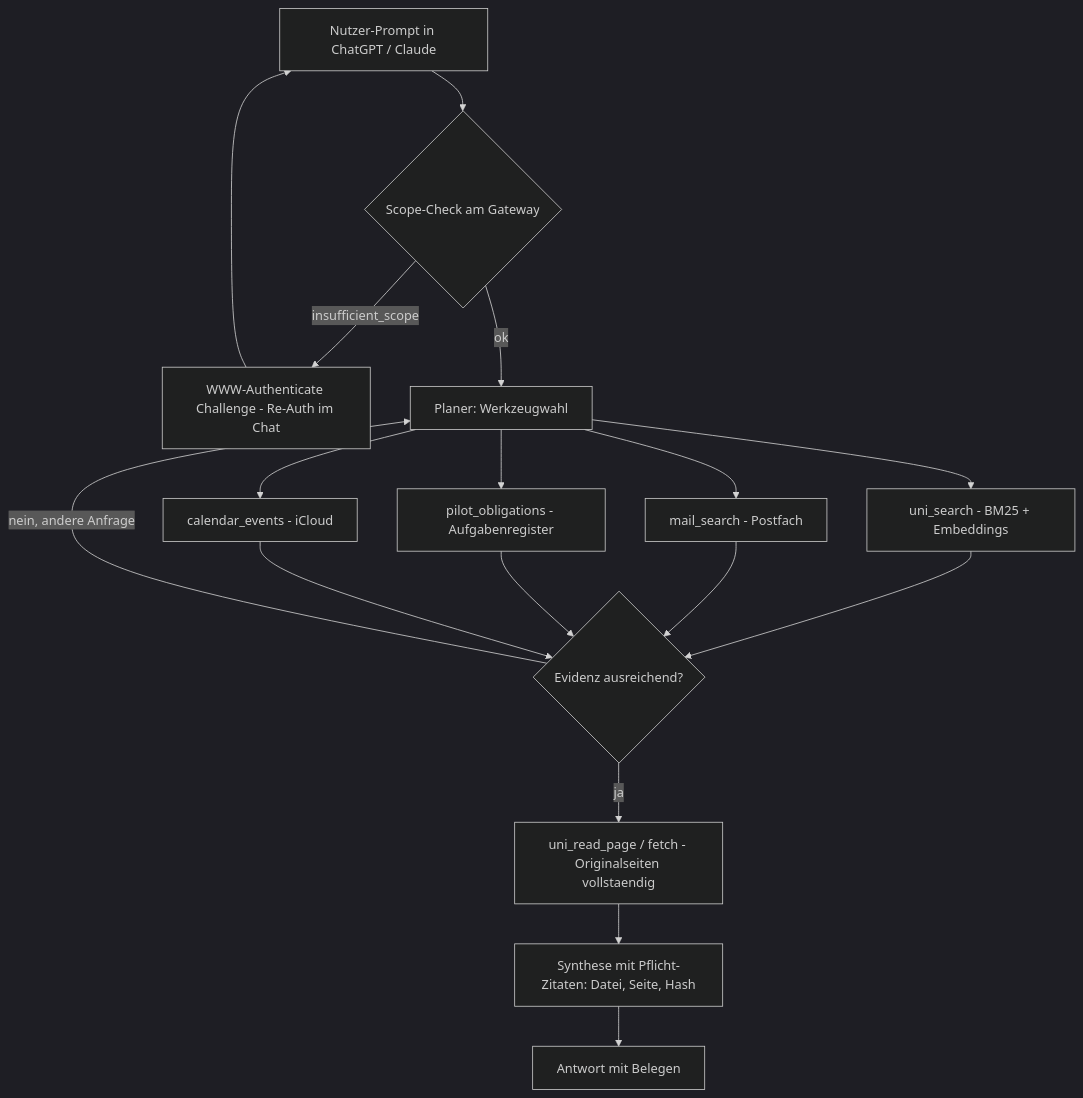
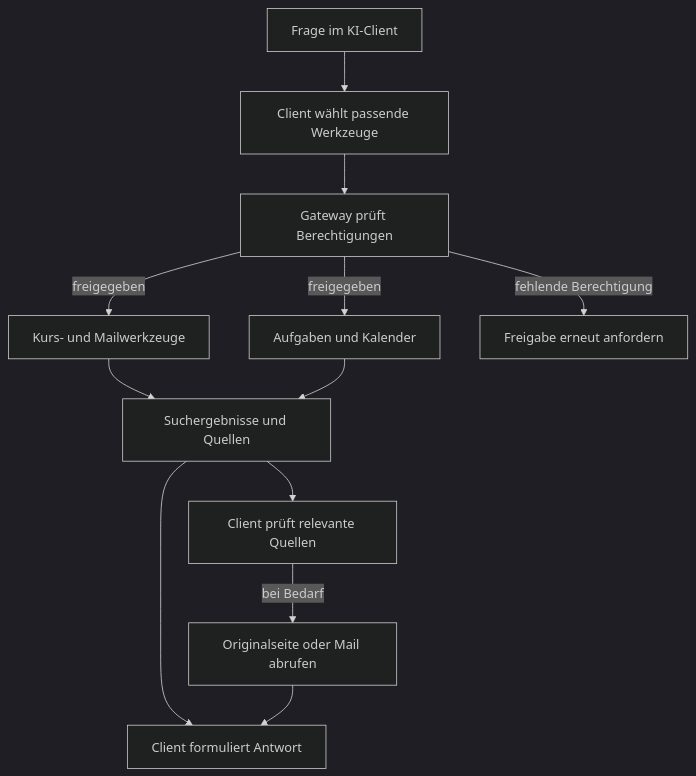
The second of 2 diagrams in README.md (hakvinv/studipilot-open-source), drawn with Mermaid (dark theme) before and after one commit. The commit also changed other lines of this file, not shown here.

Commit message:
Correct architecture and client flowcharts

````diff
--- a/README.md
+++ b/README.md
@@ -114,19 +117,14 @@
 ```mermaid
 flowchart TD
-    U[Nutzer-Prompt in ChatGPT / Claude] --> R{Scope-Check am Gateway}
-    R -->|insufficient_scope| A[WWW-Authenticate Challenge - Re-Auth im Chat]
-    A --> U
-    R -->|ok| P[Planer: Werkzeugwahl]
-    P --> S1[uni_search - BM25 + Embeddings]
-    P --> S2[mail_search - Postfach]
-    P --> S3[pilot_obligations - Aufgabenregister]
-    P --> S4[calendar_events - iCloud]
-    S1 --> F{Evidenz ausreichend?}
-    S2 --> F
-    S3 --> F
-    S4 --> F
-    F -->|nein, andere Anfrage| P
-    F -->|ja| G[uni_read_page / fetch - Originalseiten vollstaendig]
-    G --> C[Synthese mit Pflicht-Zitaten: Datei, Seite, Hash]
-    C --> O[Antwort mit Belegen]
+    U[Frage im KI-Client] --> P[Client wählt passende Werkzeuge]
+    P --> G[Gateway prüft Berechtigungen]
+    G -->|freigegeben| S[Kurs- und Mailwerkzeuge]
+    G -->|freigegeben| A[Aufgaben und Kalender]
+    G -->|fehlende Berechtigung| R[Freigabe erneut anfordern]
+    S --> E[Suchergebnisse und Quellen]
+    A --> E
+    E --> C[Client prüft relevante Quellen]
+    C -->|bei Bedarf| F[Originalseite oder Mail abrufen]
+    E --> O[Client formuliert Antwort]
+    F --> O
 ```
````
